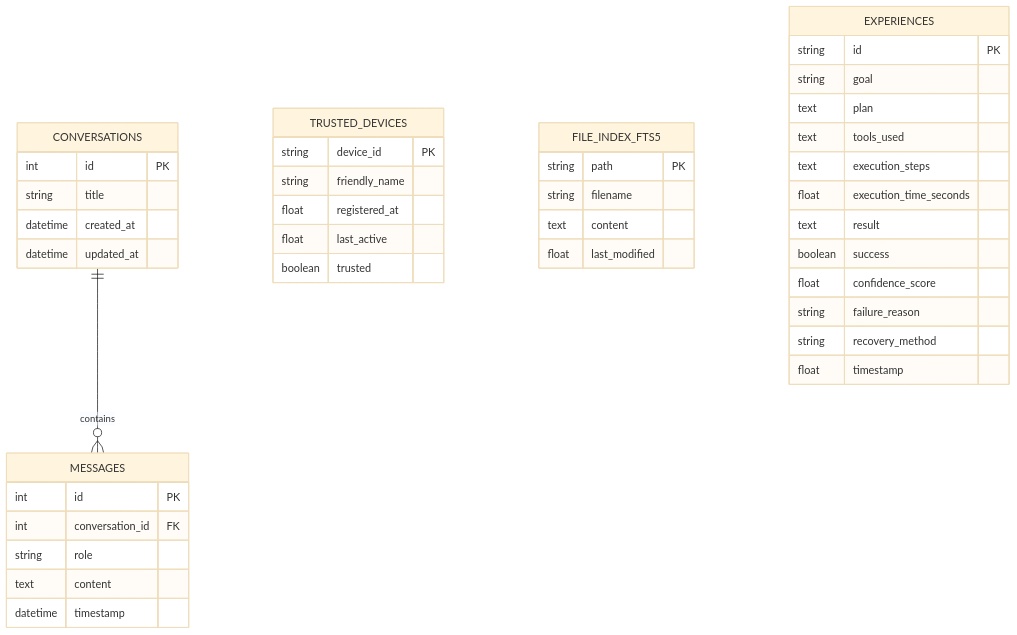
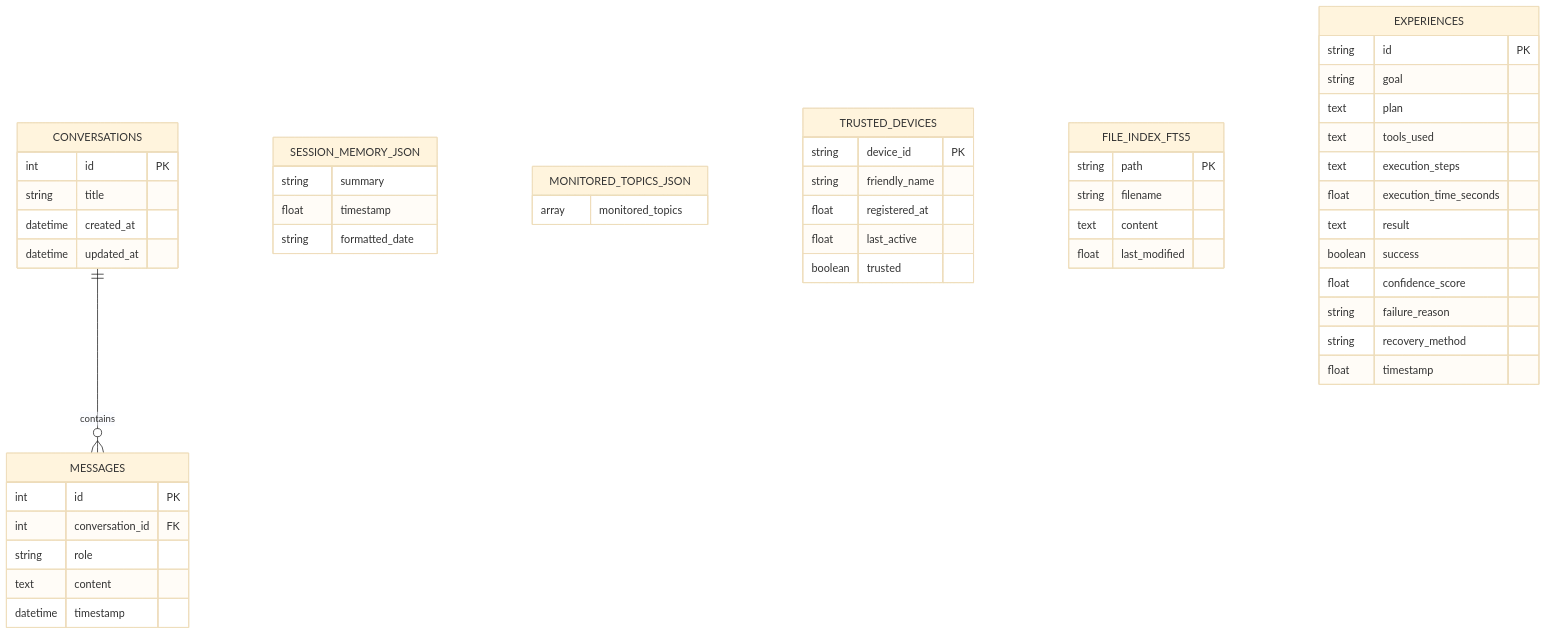
Before and after one commit to Ashrit-Raghupatruni/JARVIS: the diagram in documentations/schema.md, drawn with Mermaid (base theme). The commit also changed other lines of this file and 61 other files, not shown here.

````diff
--- a/documentations/schema.md
+++ b/documentations/schema.md
@@ -11,44 +11,52 @@
 ```mermaid
 erDiagram
     CONVERSATIONS ||--o{ MESSAGES : "contains"
     CONVERSATIONS {
         int id PK
         string title
         datetime created_at
         datetime updated_at
     }
     MESSAGES {
         int id PK
         int conversation_id FK
         string role
         text content
         datetime timestamp
+    }
+    SESSION_MEMORY_JSON {
+        string summary
+        float timestamp
+        string formatted_date
+    }
+    MONITORED_TOPICS_JSON {
+        array monitored_topics
     }
     TRUSTED_DEVICES {
         string device_id PK
         string friendly_name
         float registered_at
         float last_active
         boolean trusted
     }
     FILE_INDEX_FTS5 {
         string path PK
         string filename
         text content
         float last_modified
     }
     EXPERIENCES {
         string id PK
         string goal
         text plan
         text tools_used
         text execution_steps
         float execution_time_seconds
         text result
         boolean success
         float confidence_score
         string failure_reason
         string recovery_method
         float timestamp
     }
 ```
````
